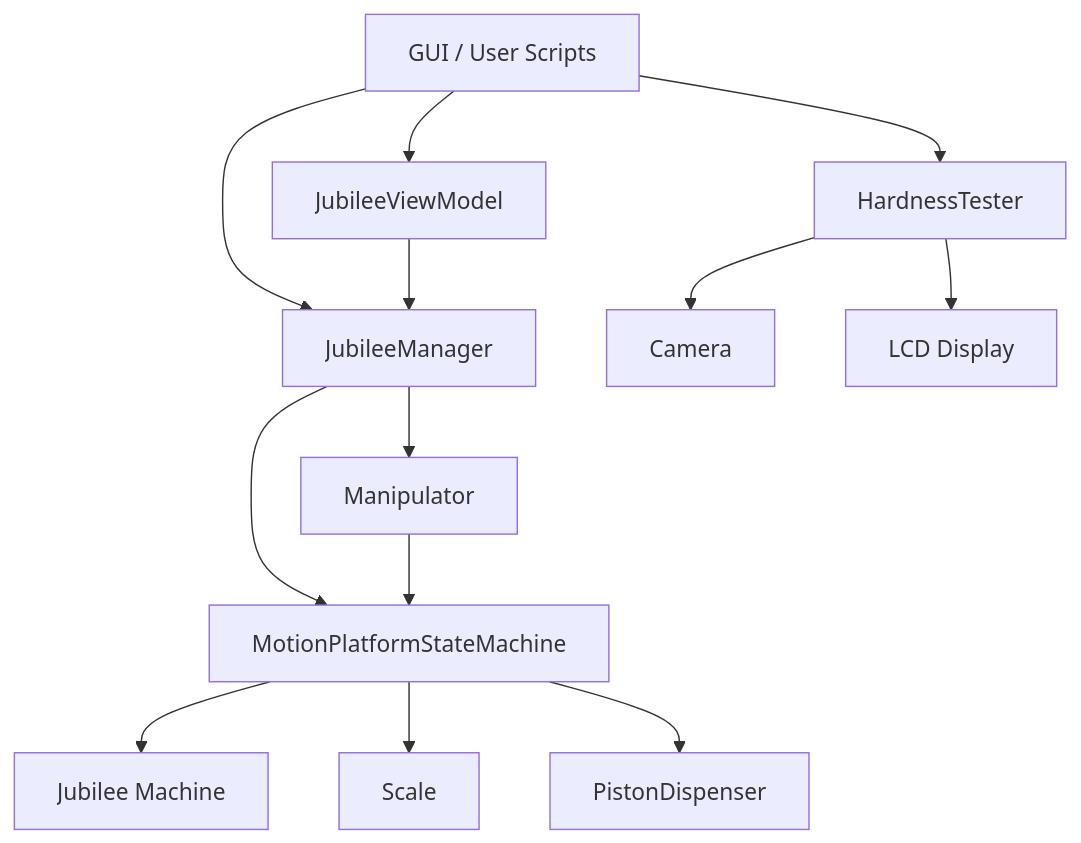
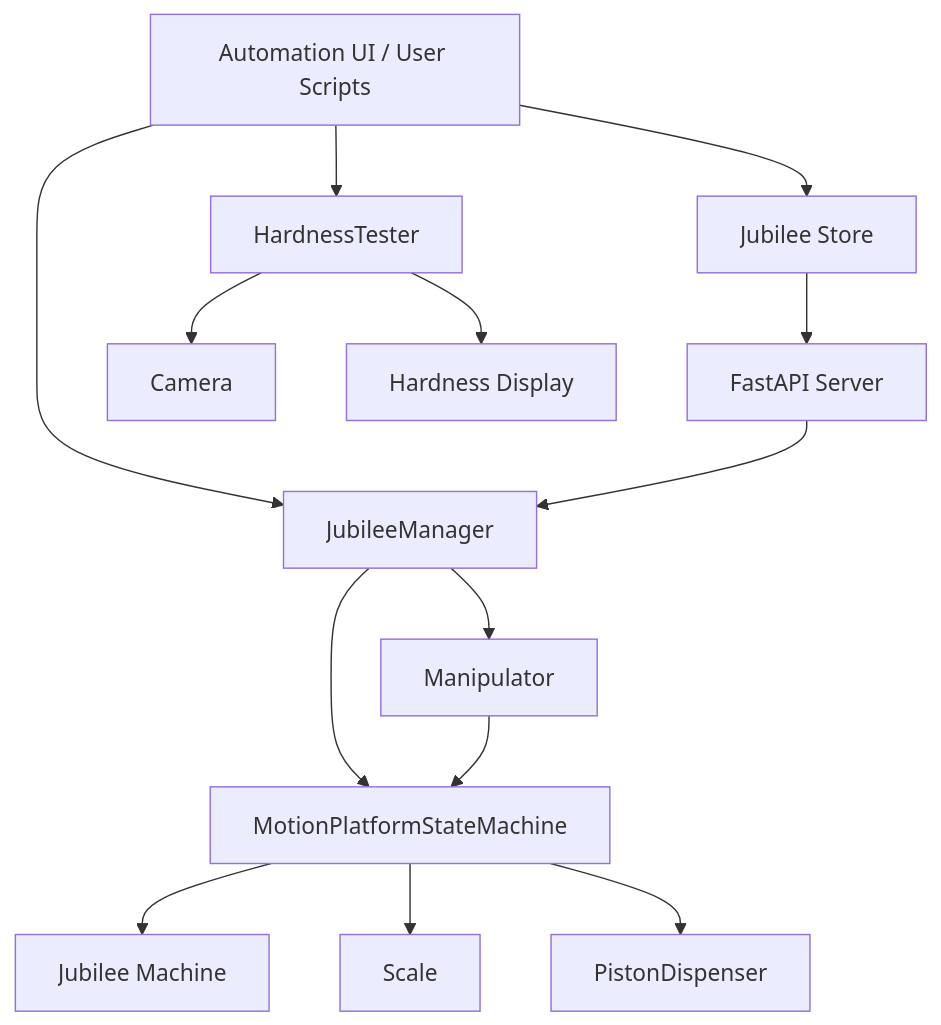
Before and after one commit to bennett-lahn/jubilee-powder: the diagram in docs/index.md, drawn with Mermaid. The commit also changed other lines of this file and 24 other files, not shown here.

````diff
--- a/docs/index.md
+++ b/docs/index.md
@@ -160,15 +160,16 @@
 ```mermaid
 graph TD
-    A[GUI / User Scripts] --> B[JubileeViewModel]
+    A[Automation UI / User Scripts] --> B[Jubilee Store]
     A --> C[JubileeManager]
     A --> I[HardnessTester]
-    B --> C
+    B --> L[FastAPI Server]
+    L --> C
     C --> D[MotionPlatformStateMachine]
     D --> E[Jubilee Machine]
     D --> F[Scale]
     D --> G[PistonDispenser]
     C --> H[Manipulator]
     H --> D
     I --> J[Camera]
-    I --> K[LCD Display]
+    I --> K[Hardness Display]
 ```
````
